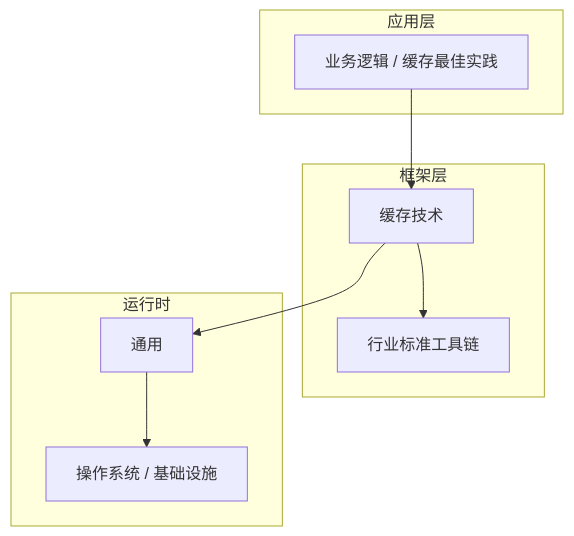
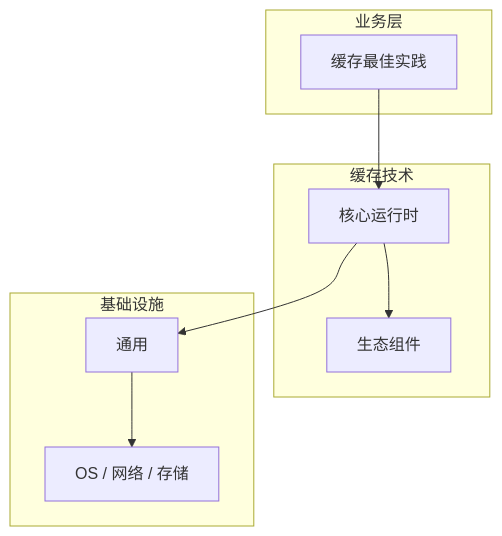
One commit to yanggan2015/knowledge-json-v2 changed the diagram in articles/缓存技术/chapters/076-缓存最佳实践核心概念与原理.md. Above: the diagram before and after it, drawn with Mermaid. The commit also changed other lines of this file and 10127 other files, not shown here.

````diff
--- a/articles/缓存技术/chapters/076-缓存最佳实践核心概念与原理.md
+++ b/articles/缓存技术/chapters/076-缓存最佳实践核心概念与原理.md
@@ -45,18 +34,18 @@
 ```mermaid
 graph TB
-    subgraph 应用层
-        A[业务逻辑 / 缓存最佳实践]
+    subgraph 业务层
+        A[缓存最佳实践]
     end
-    subgraph 框架层
-        B[缓存技术]
-        C[行业标准工具链]
+    subgraph 缓存技术
+        B[核心运行时]
+        C[生态组件]
     end
-    subgraph 运行时
+    subgraph 基础设施
         D[通用]
-        E[操作系统 / 基础设施]
+        E[OS / 网络 / 存储]
     end
     A --> B
     B --> C
     B --> D
     D --> E
 ```
````
